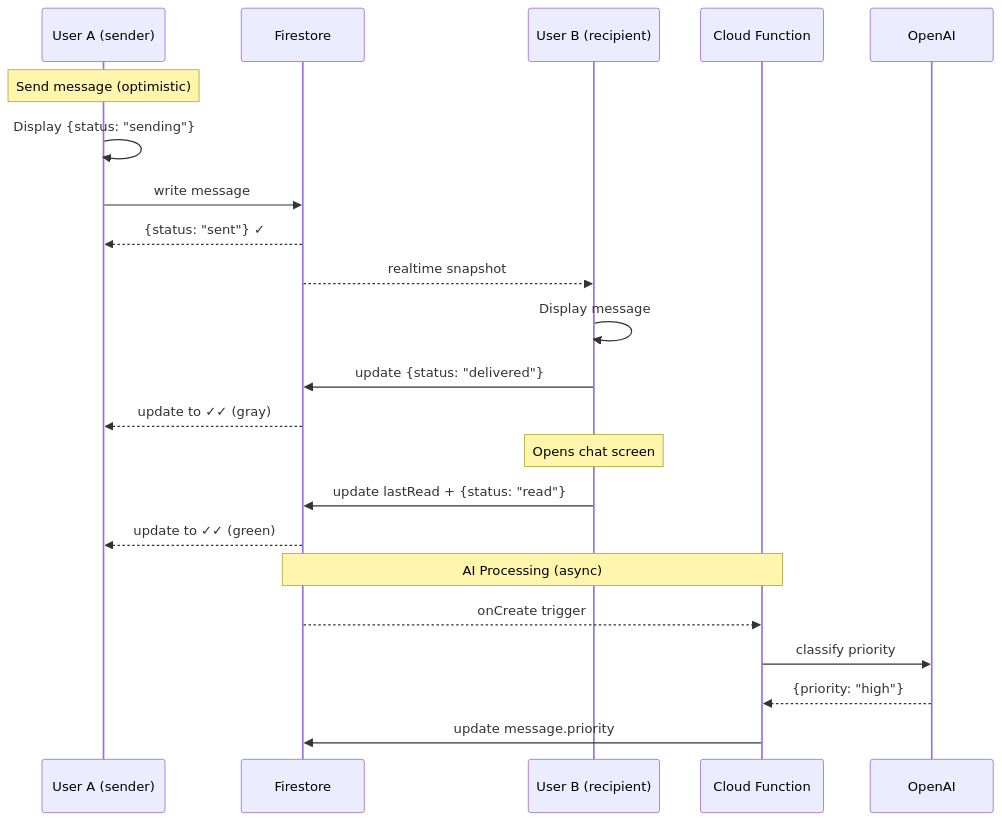
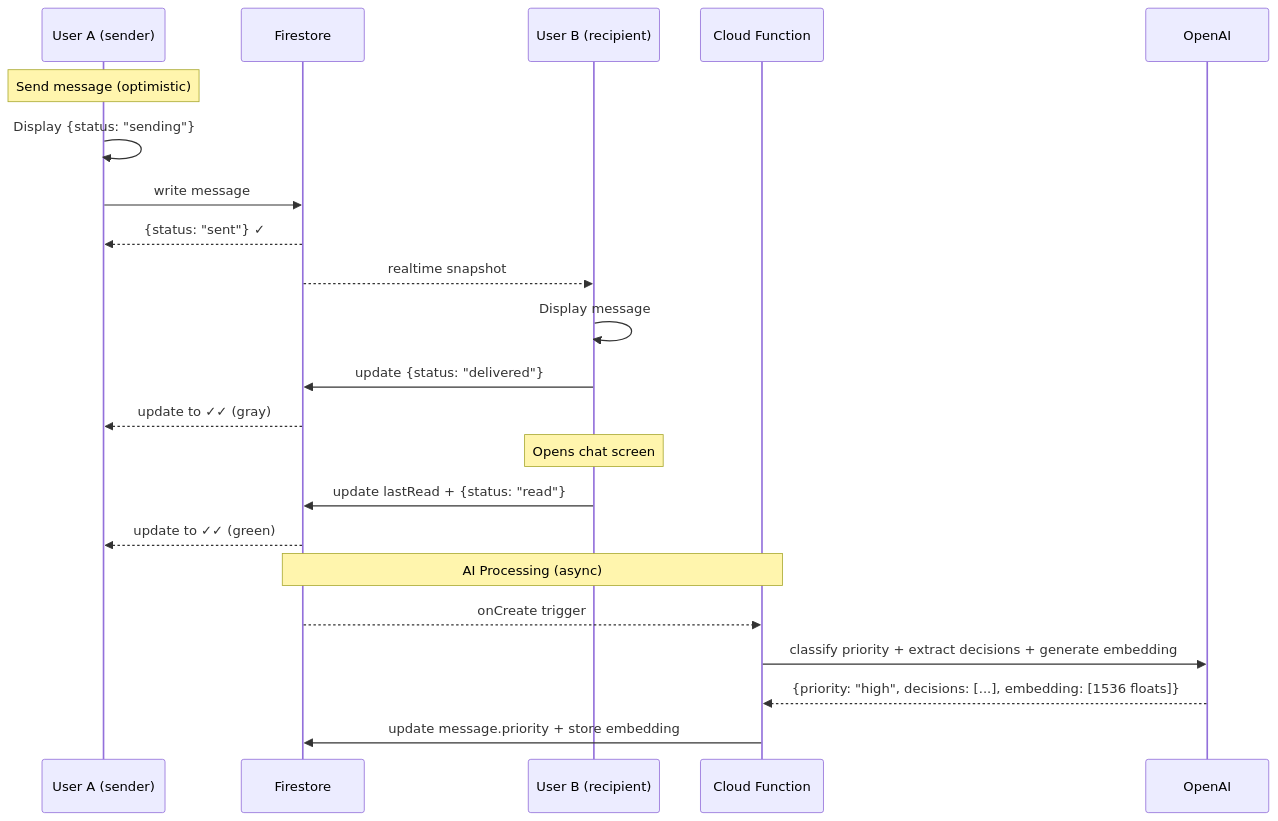
One commit to mdayku/wazzap changed the third of 6 diagrams in ARCHITECTURE.md. Above: the diagram before and after it, drawn with Mermaid. The commit also changed other lines of this file and 5 other files, not shown here.

First line of the commit message:
docs: merge architecture docs and add Seinfeld Mode concept

````diff
--- a/ARCHITECTURE.md
+++ b/ARCHITECTURE.md
@@ -26,27 +500,27 @@
 ```mermaid
 sequenceDiagram
     participant UA as User A (sender)
     participant F as Firestore
     participant UB as User B (recipient)
     participant CF as Cloud Function
     participant AI as OpenAI
     
     Note over UA: Send message (optimistic)
     UA->>UA: Display {status: "sending"}
     UA->>F: write message
     F-->>UA: {status: "sent"} ✓
     F-->>UB: realtime snapshot
     UB->>UB: Display message
     UB->>F: update {status: "delivered"}
     F-->>UA: update to ✓✓ (gray)
     
     Note over UB: Opens chat screen
     UB->>F: update lastRead + {status: "read"}
     F-->>UA: update to ✓✓ (green)
     
     Note over F,CF: AI Processing (async)
     F-->>CF: onCreate trigger
-    CF->>AI: classify priority
-    AI-->>CF: {priority: "high"}
-    CF->>F: update message.priority
+    CF->>AI: classify priority + extract decisions + generate embedding
+    AI-->>CF: {priority: "high", decisions: [...], embedding: [1536 floats]}
+    CF->>F: update message.priority + store embedding
 ```
````
